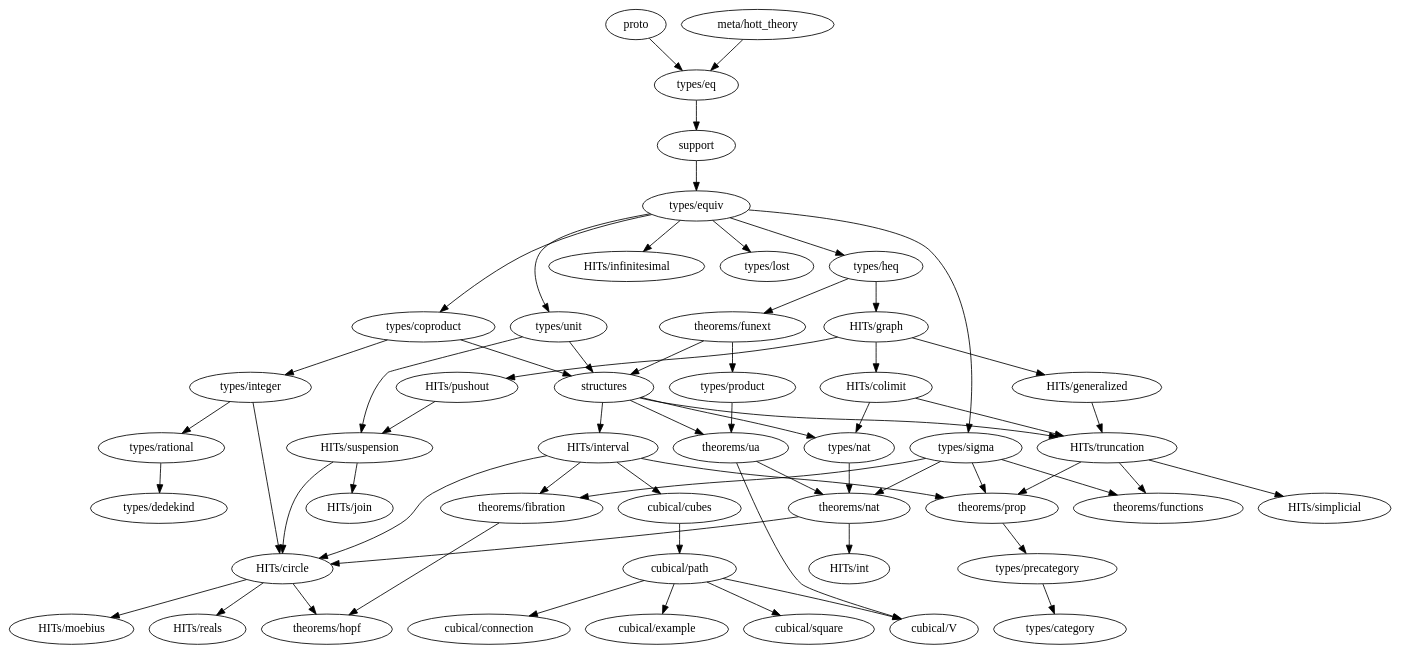
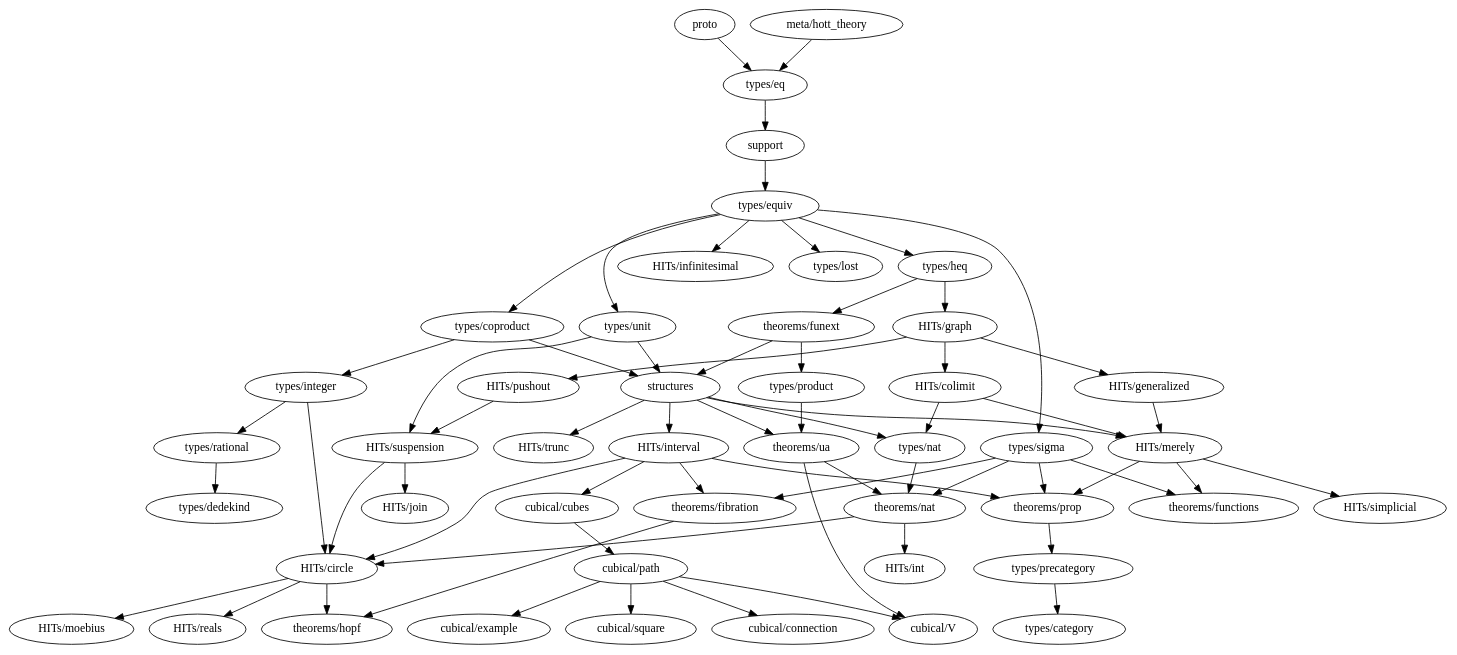
Before and after one commit to forked-from-1kasper/ground_zero: the diagram in dependency_map.gv, drawn with Graphviz. The commit also changed 7 other files, not shown here.

```diff
--- a/dependency_map.gv
+++ b/dependency_map.gv
@@ -1,98 +1,100 @@
 digraph dependency_map {
   proto -> "types/eq"
   "meta/hott_theory" -> "types/eq"
   support -> "types/equiv"
   structures -> {
     "theorems/ua",
     "HITs/interval",
-    "HITs/truncation",
+    "HITs/merely",
+    "HITs/trunc",
     "types/nat"
   }
 
   subgraph types {
     "types/category"
     "types/coproduct" -> { "types/integer", structures }
     "types/dedekind"
     "types/eq" -> { support }
     "types/equiv" -> {
       "types/heq",
       "HITs/infinitesimal",
       "types/coproduct",
       "types/lost",
       "types/unit",
       "types/sigma"
     }
     "types/heq" -> {
       "HITs/graph", "theorems/funext"
     }
     "types/integer" -> {
       "HITs/circle",
       "types/rational"
     }
     "types/lost"
     "types/nat" -> { "theorems/nat" }
     "types/precategory" -> { "types/category" }
     "types/product" -> { "theorems/ua" }
     "types/rational" -> { "types/dedekind" }
     "types/sigma" -> {
       "theorems/fibration", "theorems/prop",
       "theorems/nat", "theorems/functions"
     }
     "types/unit" -> { structures, "HITs/suspension" }
   }
 
   subgraph HITs {
     "HITs/circle" -> { "theorems/hopf", "HITs/moebius", "HITs/reals" }
-    "HITs/colimit" -> { "HITs/truncation", "types/nat" }
-    "HITs/generalized" -> "HITs/truncation"
+    "HITs/colimit" -> { "HITs/merely", "types/nat" }
+    "HITs/generalized" -> "HITs/merely"
     "HITs/graph" -> {
       "HITs/colimit",
       "HITs/generalized",
       "HITs/pushout"
     }
     "HITs/infinitesimal"
     "HITs/interval" -> {
       "cubical/cubes"
       "HITs/circle",
       "theorems/prop",
       "theorems/fibration"
     }
     "HITs/join"
+    "HITs/merely" -> {
+      "theorems/prop",
+      "HITs/simplicial",
+      "theorems/functions"
+    }
     "HITs/moebius"
     "HITs/pushout" -> {
       "HITs/suspension"
     }
     "HITs/reals"
     "HITs/simplicial"
     "HITs/suspension" -> { "HITs/circle", "HITs/join" }
-    "HITs/truncation" -> {
-      "theorems/prop",
-      "HITs/simplicial",
-      "theorems/functions"
-    }
+    "HITs/trunc"
   }
 
   subgraph cubical {
     "cubical/connection"
     "cubical/cubes" -> "cubical/path"
     "cubical/example"
     "cubical/path" -> {
       "cubical/square",
       "cubical/example",
       "cubical/V",
       "cubical/connection"
     }
     "cubical/square"
     "cubical/V"
   }
 
   subgraph theorems {
     "theorems/fibration" -> { "theorems/hopf" }
     "theorems/functions"
     "theorems/funext" -> { structures, "types/product" }
     "theorems/hopf"
     "theorems/nat" -> { "HITs/circle", "HITs/int" }
     "theorems/prop" -> { "types/precategory" }
     "theorems/ua" -> { "theorems/nat", "cubical/V" }
   }
 }
```
